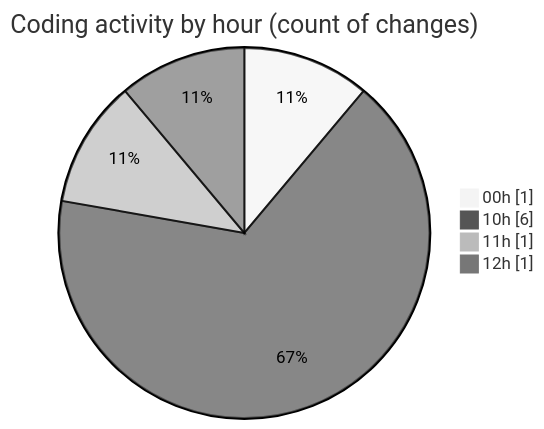
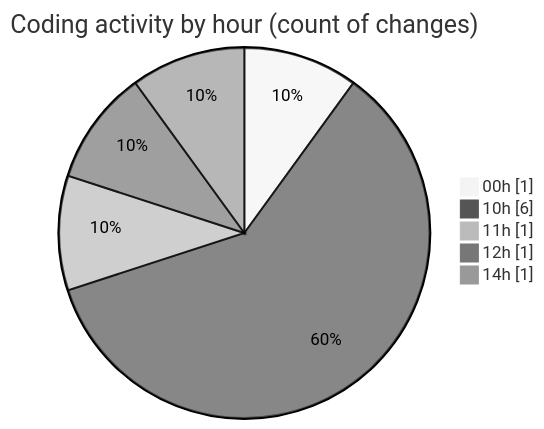
The second of 2 diagrams in 2025-07-25/cohera/README.md (JenPaints/code-tracking), drawn with Mermaid (neutral theme) before and after one commit. The commit also changed other lines of this file and 1 other file, not shown here.

````diff
--- a/2025-07-25/cohera/README.md
+++ b/2025-07-25/cohera/README.md
@@ -33,8 +35,9 @@
 ```mermaid
 pie showData
 title Coding activity by hour (count of changes)
 "00h" : 1
 "10h" : 6
 "11h" : 1
 "12h" : 1
+"14h" : 1
 ```
````
